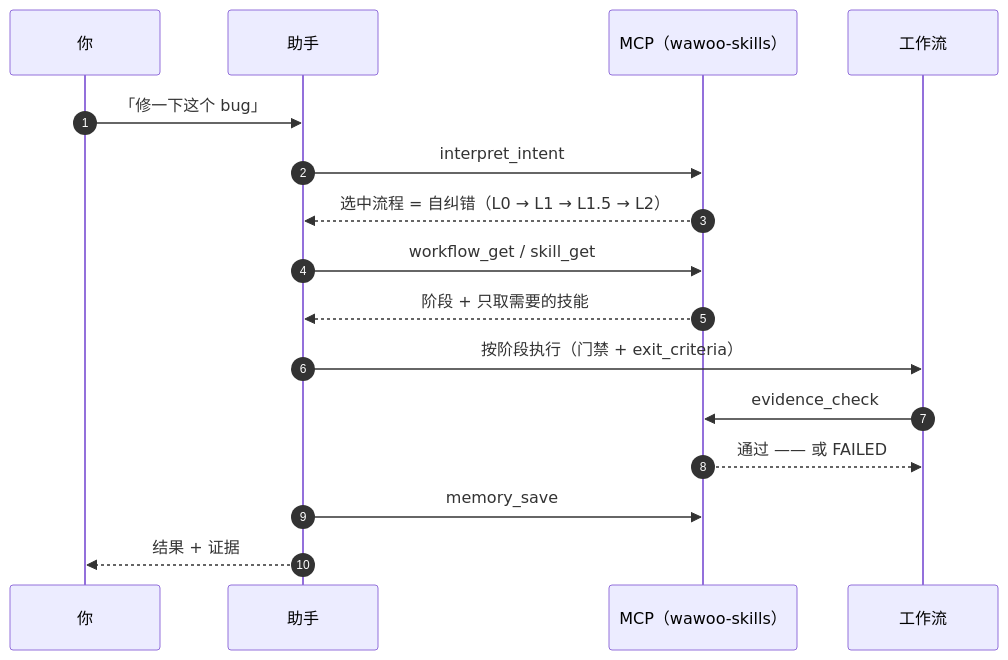
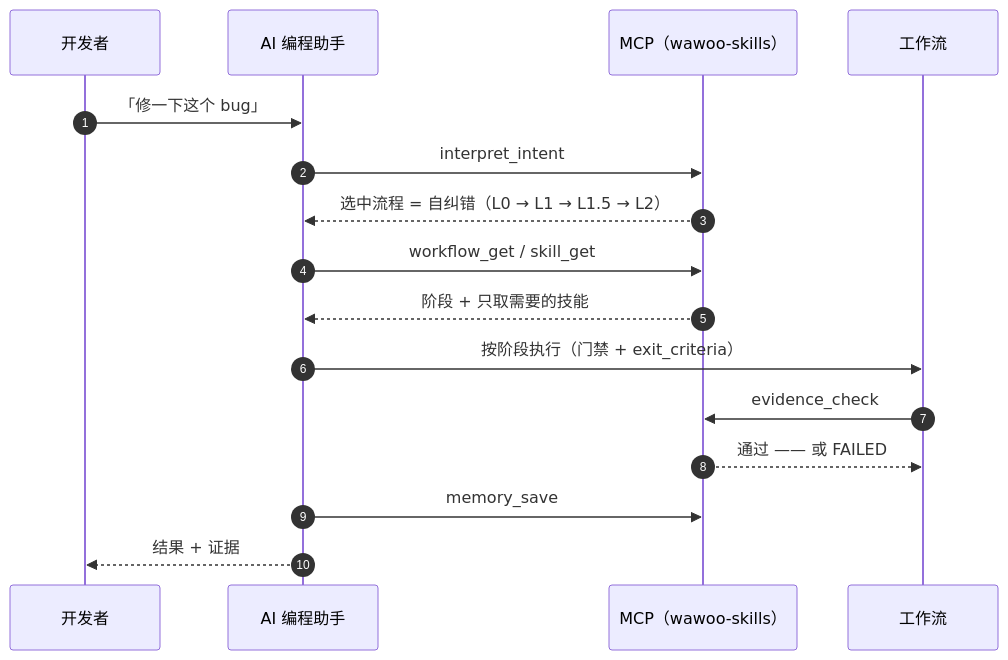
Before and after one commit to parkwoo/wawoo-agent-skills: the diagram in README.zh-CN.md, drawn with Mermaid. The commit also changed 3 other files, not shown here.

Commit message:
docs: use technical participant labels in the sequence diagram (developer / AI coding agent)

````diff
--- a/README.zh-CN.md
+++ b/README.zh-CN.md
@@ -62,18 +62,18 @@
 ```mermaid
 sequenceDiagram
     autonumber
-    participant U as 你
-    participant A as 助手
+    participant U as 开发者
+    participant A as AI 编程助手
     participant M as MCP（wawoo-skills）
     participant W as 工作流
     U->>A: 「修一下这个 bug」
     A->>M: interpret_intent
     M-->>A: 选中流程 = 自纠错（L0 → L1 → L1.5 → L2）
     A->>M: workflow_get / skill_get
     M-->>A: 阶段 + 只取需要的技能
     A->>W: 按阶段执行（门禁 + exit_criteria）
     W->>M: evidence_check
     M-->>W: 通过 —— 或 FAILED
     A->>M: memory_save
     A-->>U: 结果 + 证据
 ```
````
